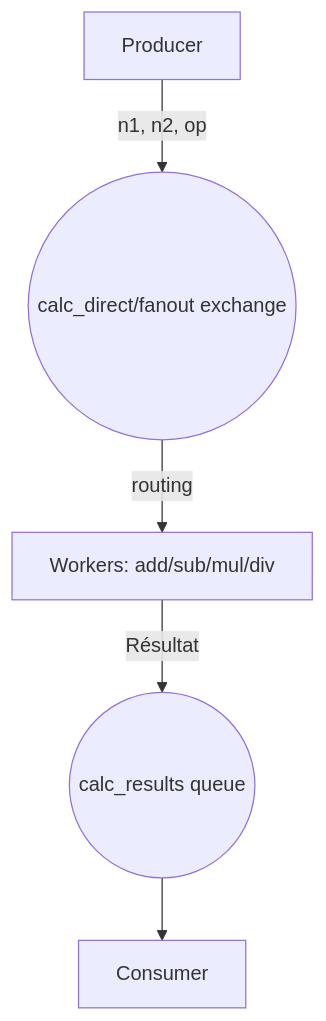
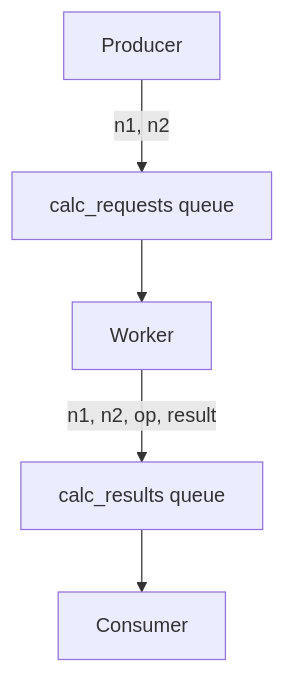
One commit to enstso/Nuclear-physics changed the diagram in readme.md. Above: the diagram before and after it, drawn with Mermaid. The commit also changed other lines of this file, not shown here.

````diff
--- a/readme.md
+++ b/readme.md
@@ -93,7 +94,7 @@
-```mermaid
-graph TD
-    Producer -->|n1, n2, op| RabbitMQ1((calc_direct/fanout exchange))
-    RabbitMQ1 -->|routing| Worker[Workers: add/sub/mul/div]
-    Worker -->|Résultat| RabbitMQ2((calc_results queue))
-    RabbitMQ2 --> Consumer
-```
+ ```mermaid
+ graph TD
+     Producer -->|n1, n2| RabbitMQ1[calc_requests queue]
+     RabbitMQ1 --> Worker
+     Worker -->|n1, n2, op, result| RabbitMQ2[calc_results queue]
+     RabbitMQ2 --> Consumer
+ ```
````
